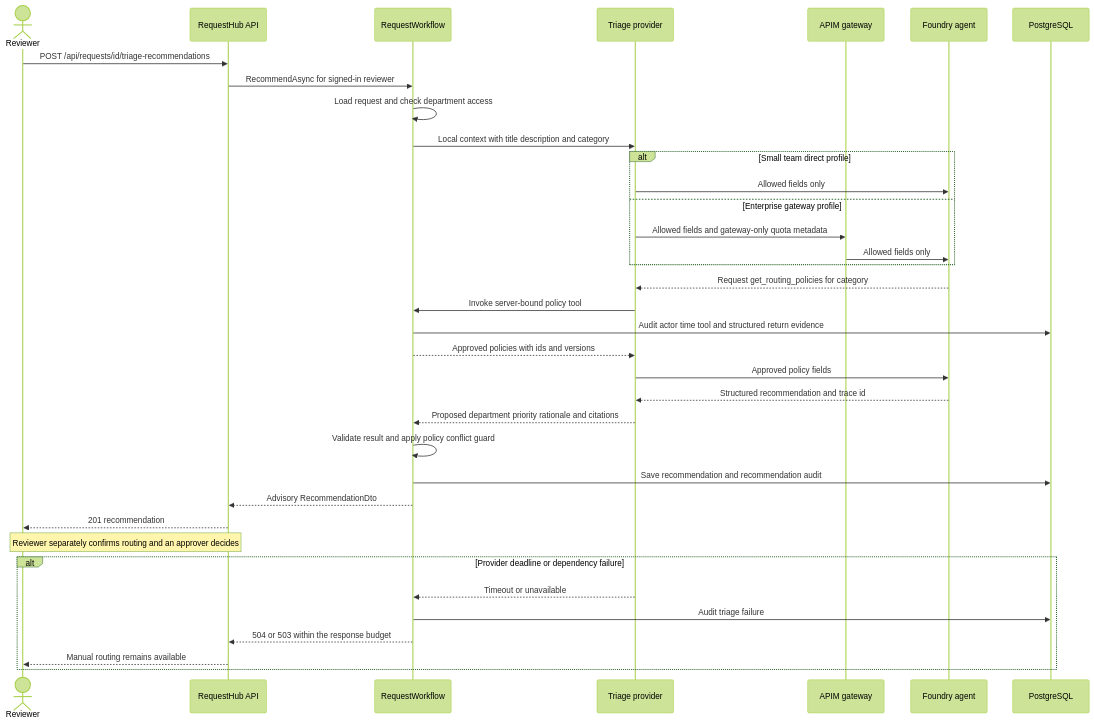
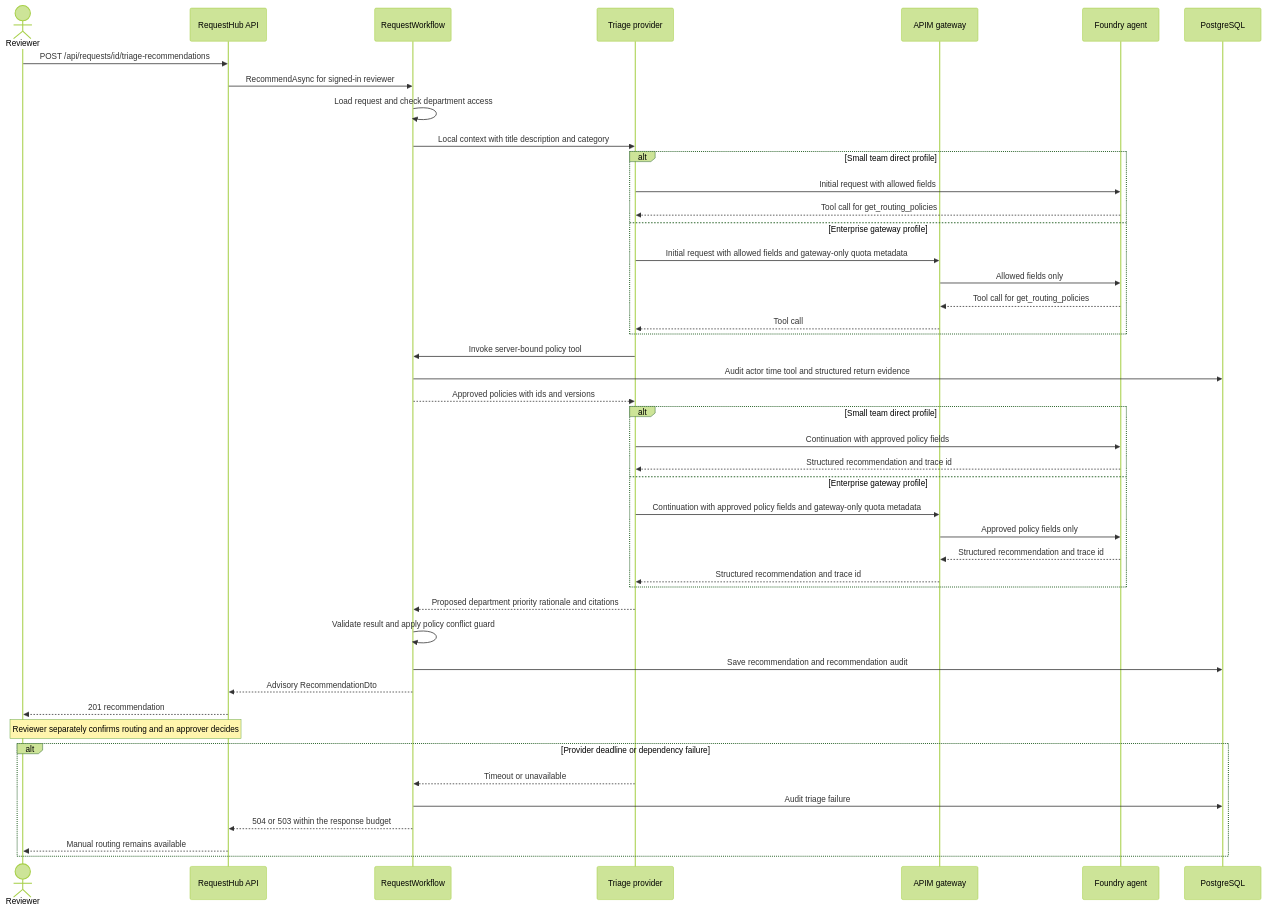
The second of 2 diagrams in docs/architecture/adr/0001-live-ai-triage-provider.md (melabadi/ai-sdlc-landing-zone), drawn with Mermaid (forest theme) before and after one commit. The commit also changed other lines of this file, not shown here.

Commit message:
Address triage ADR policy review

````diff
--- a/docs/architecture/adr/0001-live-ai-triage-provider.md
+++ b/docs/architecture/adr/0001-live-ai-triage-provider.md
@@ -79,38 +81,47 @@
 ```mermaid
 sequenceDiagram
   actor Reviewer
   participant API as RequestHub API
   participant WF as RequestWorkflow
   participant Provider as Triage provider
   participant Gateway as APIM gateway
   participant AI as Foundry agent
   participant DB as PostgreSQL
   Reviewer->>API: POST /api/requests/id/triage-recommendations
   API->>WF: RecommendAsync for signed-in reviewer
   WF->>WF: Load request and check department access
   WF->>Provider: Local context with title description and category
   alt Small team direct profile
-    Provider->>AI: Allowed fields only
+    Provider->>AI: Initial request with allowed fields
+    AI-->>Provider: Tool call for get_routing_policies
   else Enterprise gateway profile
-    Provider->>Gateway: Allowed fields and gateway-only quota metadata
+    Provider->>Gateway: Initial request with allowed fields and gateway-only quota metadata
     Gateway->>AI: Allowed fields only
+    AI-->>Gateway: Tool call for get_routing_policies
+    Gateway-->>Provider: Tool call
   end
-  AI-->>Provider: Request get_routing_policies for category
   Provider->>WF: Invoke server-bound policy tool
   WF->>DB: Audit actor time tool and structured return evidence
   WF-->>Provider: Approved policies with ids and versions
-  Provider->>AI: Approved policy fields
-  AI-->>Provider: Structured recommendation and trace id
+  alt Small team direct profile
+    Provider->>AI: Continuation with approved policy fields
+    AI-->>Provider: Structured recommendation and trace id
+  else Enterprise gateway profile
+    Provider->>Gateway: Continuation with approved policy fields and gateway-only quota metadata
+    Gateway->>AI: Approved policy fields only
+    AI-->>Gateway: Structured recommendation and trace id
+    Gateway-->>Provider: Structured recommendation and trace id
+  end
   Provider-->>WF: Proposed department priority rationale and citations
   WF->>WF: Validate result and apply policy conflict guard
   WF->>DB: Save recommendation and recommendation audit
   WF-->>API: Advisory RecommendationDto
   API-->>Reviewer: 201 recommendation
   Note over Reviewer,API: Reviewer separately confirms routing and an approver decides
   alt Provider deadline or dependency failure
     Provider-->>WF: Timeout or unavailable
     WF->>DB: Audit triage failure
     WF-->>API: 504 or 503 within the response budget
     API-->>Reviewer: Manual routing remains available
   end
 ```
````
